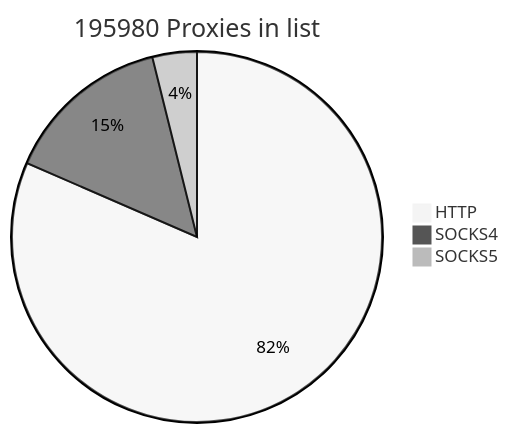
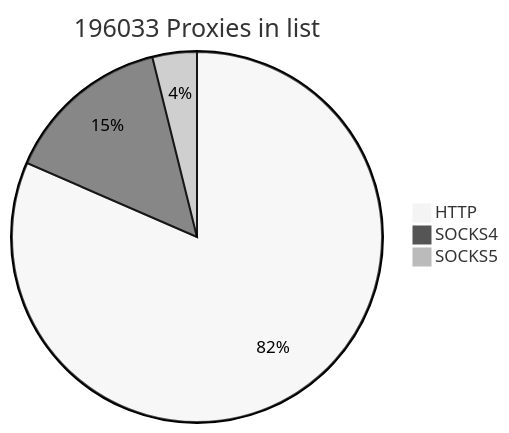
The first of 2 diagrams in README.md (cutipu/proxylist), drawn with Mermaid (neutral theme) before and after one commit. The commit also changed other lines of this file, not shown here.

````diff
--- a/README.md
+++ b/README.md
@@ -2,7 +2,7 @@
 ```mermaid
-pie title 195980 Proxies in list
-    "HTTP" : 159781
+pie title 196033 Proxies in list
+    "HTTP" : 159834
     "SOCKS4" : 28604
     "SOCKS5" : 7595
             
 ```
````
